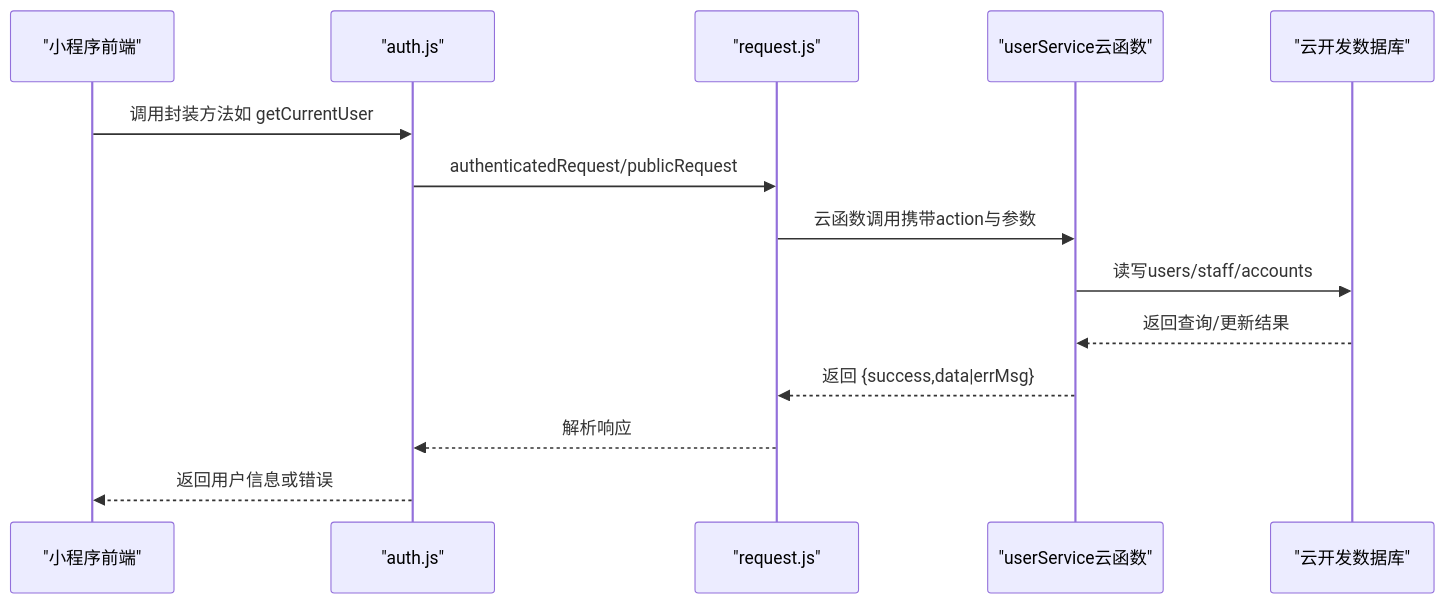
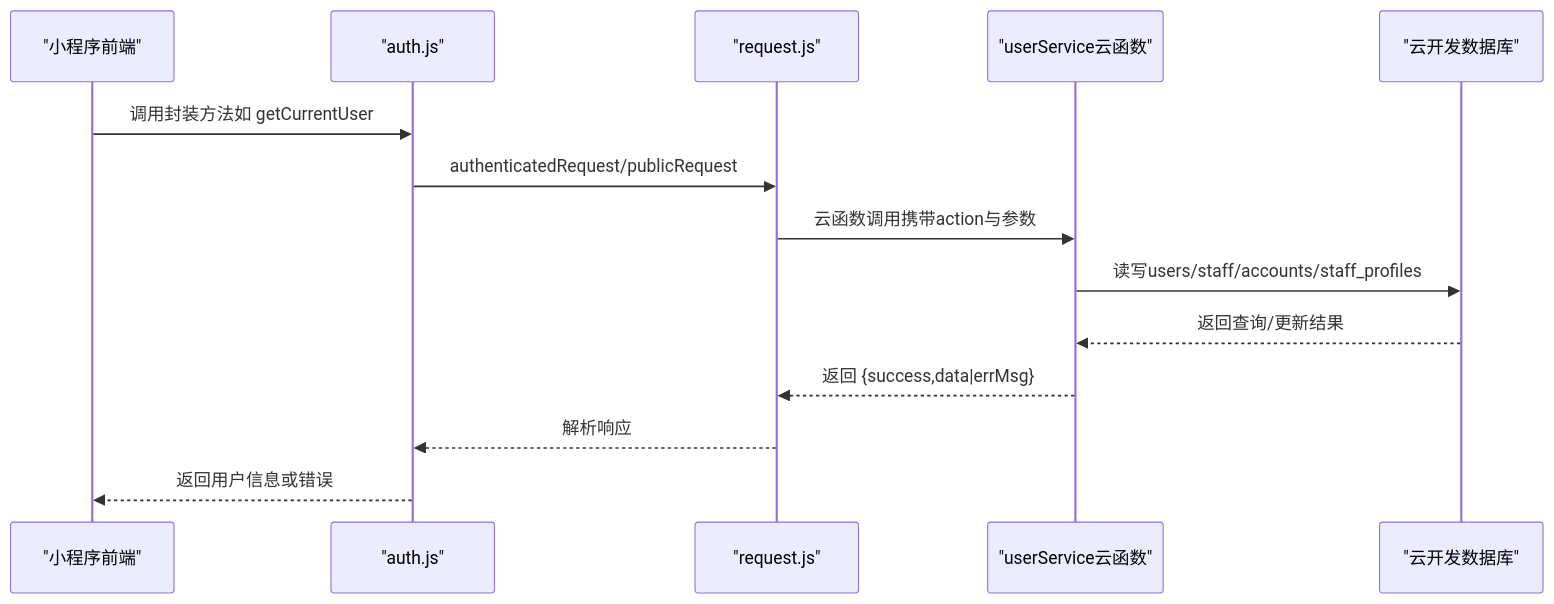
One commit to sunxuebo91/- changed the second of 10 diagrams in .qoder/repowiki/zh/content/API参考/用户服务API/用户服务API.md. Above: the diagram before and after it, drawn with Mermaid. The commit also changed other lines of this file and 30 other files, not shown here.

````diff
--- a/.qoder/repowiki/zh/content/API参考/用户服务API/用户服务API.md
+++ b/.qoder/repowiki/zh/content/API参考/用户服务API/用户服务API.md
@@ -86,16 +96,16 @@
 ```mermaid
 sequenceDiagram
 participant MP as "小程序前端"
 participant AUTH as "auth.js"
 participant REQ as "request.js"
 participant CF as "userService云函数"
 participant DB as "云开发数据库"
 MP->>AUTH : 调用封装方法如 getCurrentUser
 AUTH->>REQ : authenticatedRequest/publicRequest
 REQ->>CF : 云函数调用携带action与参数
-CF->>DB : 读写users/staff/accounts
+CF->>DB : 读写users/staff/accounts/staff_profiles
 DB-->>CF : 返回查询/更新结果
 CF-->>REQ : 返回 {success,data|errMsg}
 REQ-->>AUTH : 解析响应
 AUTH-->>MP : 返回用户信息或错误
 ```
````
